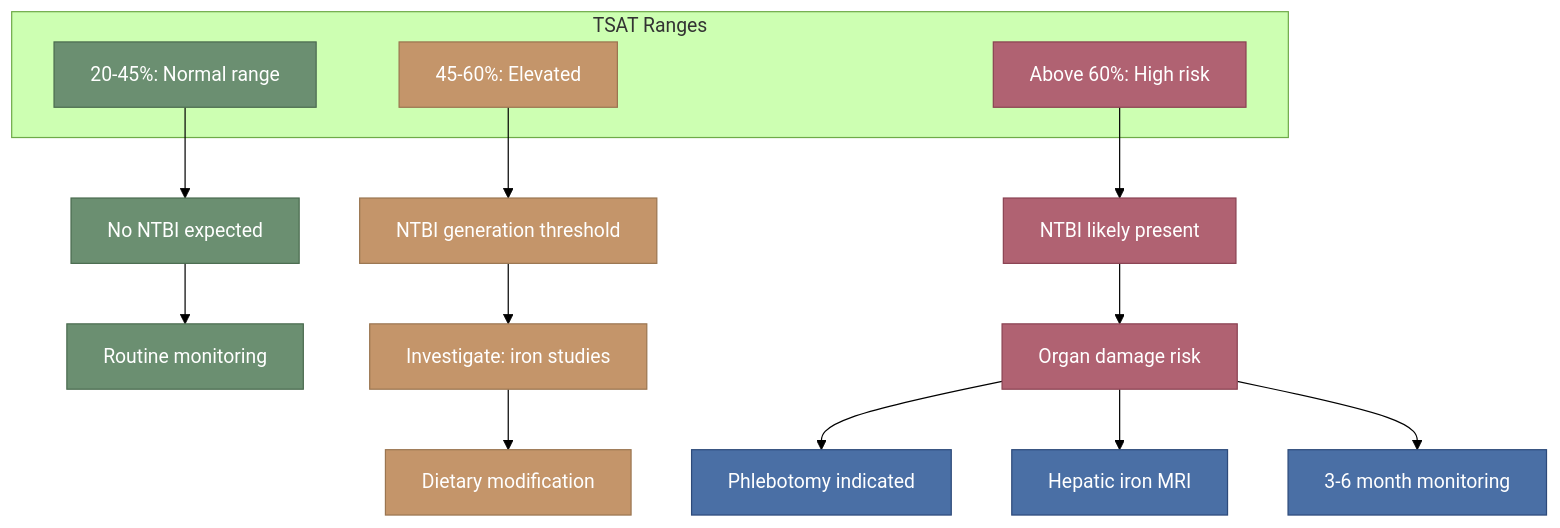
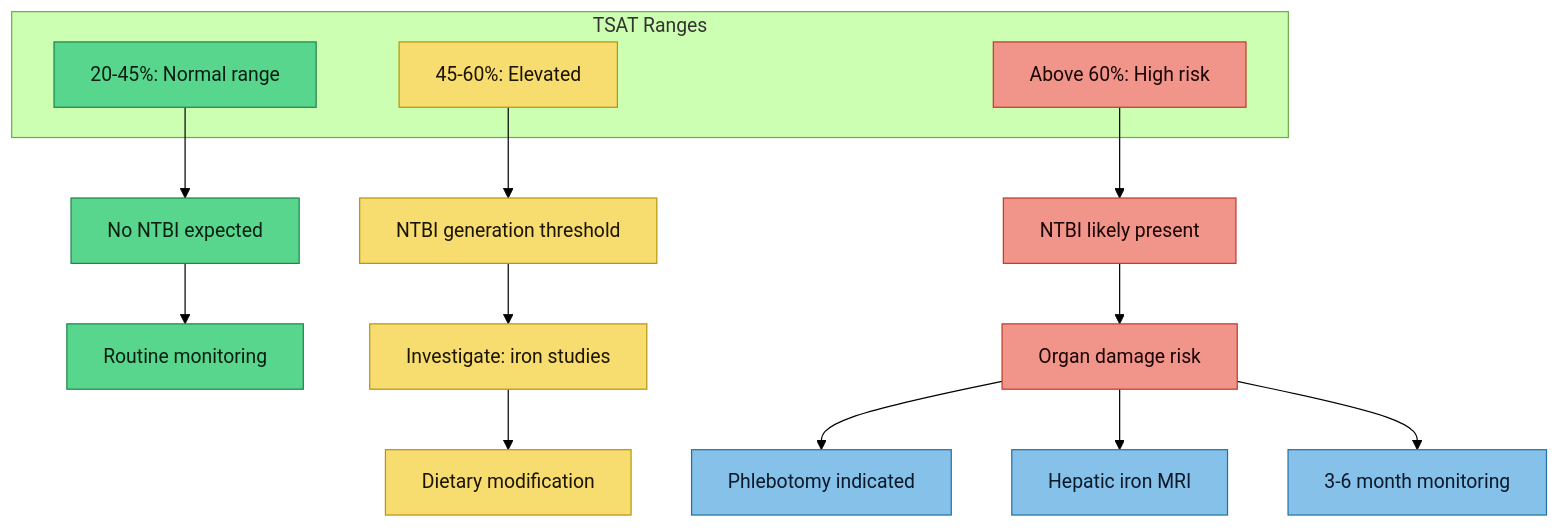
One commit to Aegis-commits/ag-hfe-adhd-asd-research changed the diagram in iron-metabolism/Transferrin Saturation - Clinical Significance.md. Above: the diagram before and after it, drawn with Mermaid (forest theme). The commit also changed 39 other files, not shown here.

First line of the commit message:
docs(vault): standardise diagram colours for light-mode readability, add MOC quick nav

````diff
--- a/iron-metabolism/Transferrin Saturation - Clinical Significance.md
+++ b/iron-metabolism/Transferrin Saturation - Clinical Significance.md
@@ -30,31 +30,31 @@
 ```mermaid
 flowchart TD
     subgraph Ranges["TSAT Ranges"]
         NORM["20-45%: Normal range"]
         ELEV["45-60%: Elevated"]
         HIGH["Above 60%: High risk"]
     end
 
     NORM --> SAFE["No NTBI expected"]
     SAFE --> ROUTINE["Routine monitoring"]
 
     ELEV --> THRESH["NTBI generation threshold"]
     THRESH --> INVEST["Investigate: iron studies"]
     INVEST --> DIET["Dietary modification"]
 
     HIGH --> NTBI["NTBI likely present"]
     NTBI --> ORGAN["Organ damage risk"]
     ORGAN --> PHLEB["Phlebotomy indicated"]
     ORGAN --> MRI["Hepatic iron MRI"]
     ORGAN --> MONITOR["3-6 month monitoring"]
 
-    classDef safe fill:#6b8f71,stroke:#4a6b4f,color:#fff
-    classDef caution fill:#c4956a,stroke:#9a7550,color:#fff
-    classDef danger fill:#b06272,stroke:#8a4252,color:#fff
-    classDef action fill:#4a6fa5,stroke:#2d4a7a,color:#fff
+    classDef safe fill:#58d68d,stroke:#1e8449,color:#0a1f12
+    classDef caution fill:#f7dc6f,stroke:#b7950b,color:#1a1400
+    classDef danger fill:#f1948a,stroke:#c0392b,color:#1a0505
+    classDef action fill:#85c1e9,stroke:#2471a3,color:#0a1929
 
     class NORM,SAFE,ROUTINE safe
     class ELEV,THRESH,INVEST,DIET caution
     class HIGH,NTBI,ORGAN danger
     class PHLEB,MRI,MONITOR action
 ```
````
